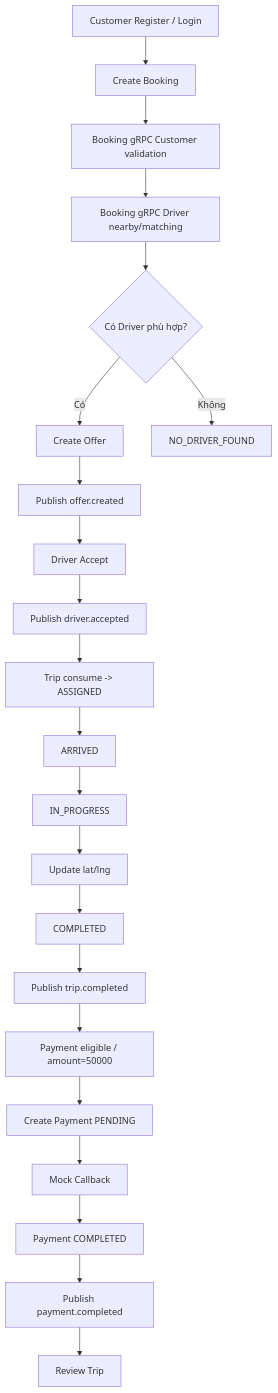
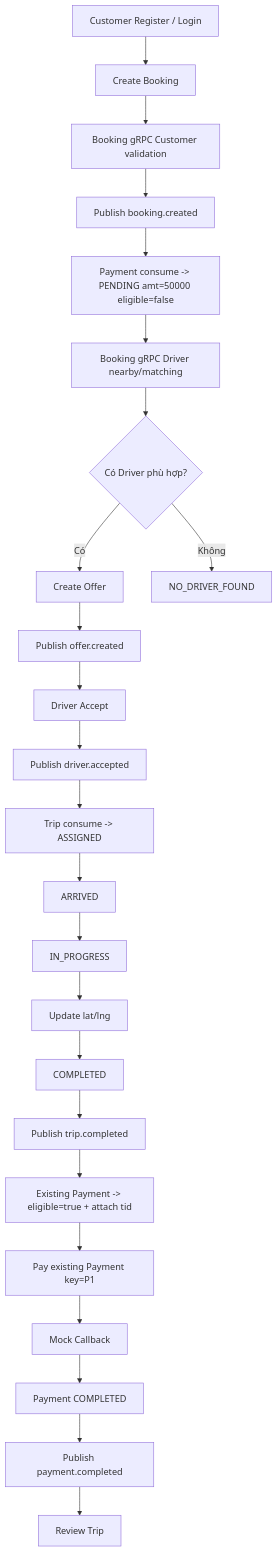
The fifth of 21 diagrams in docs/requirements/SRS.md (kanztran2605/23646731_TranQuocKhang_Cabsystem), drawn with Mermaid before and after one commit. The commit also changed other lines of this file and 5 other files, not shown here.

````diff
--- a/docs/requirements/SRS.md
+++ b/docs/requirements/SRS.md
@@ -447,29 +453,31 @@
 ```mermaid
 flowchart TD
     A[Customer Register / Login]
     B[Create Booking]
     C[Booking gRPC Customer validation]
+    BC[Publish booking.created]
+    PY[Payment consume -> PENDING amt=50000 eligible=false]
     D[Booking gRPC Driver nearby/matching]
     E{Có Driver phù hợp?}
     F[Create Offer]
     G[Publish offer.created]
     H[Driver Accept]
     I[Publish driver.accepted]
     J[Trip consume -> ASSIGNED]
     K[ARRIVED]
     L[IN_PROGRESS]
     M[Update lat/lng]
     N[COMPLETED]
     O[Publish trip.completed]
-    P[Payment eligible / amount=50000]
-    Q[Create Payment PENDING]
-    R[Mock Callback]
+    P[Existing Payment -> eligible=true + attach tid]
+    R[Pay existing Payment key=P1]
+    CB[Mock Callback]
     S[Payment COMPLETED]
     U[Publish payment.completed]
     V[Review Trip]
     X[NO_DRIVER_FOUND]
 
-    A --> B --> C --> D --> E
-    E -->|Có| F --> G --> H --> I --> J --> K --> L --> M --> N --> O --> P --> Q --> R --> S --> U --> V
+    A --> B --> C --> BC --> PY --> D --> E
+    E -->|Có| F --> G --> H --> I --> J --> K --> L --> M --> N --> O --> P --> R --> CB --> S --> U --> V
     E -->|Không| X
 ```
````
